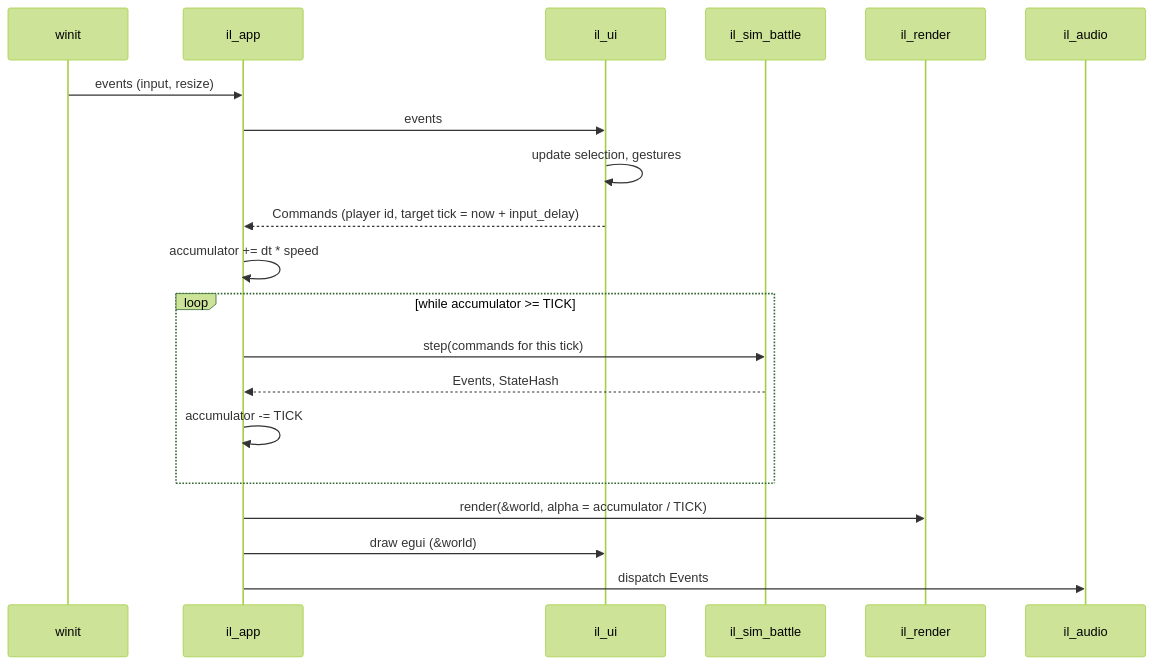
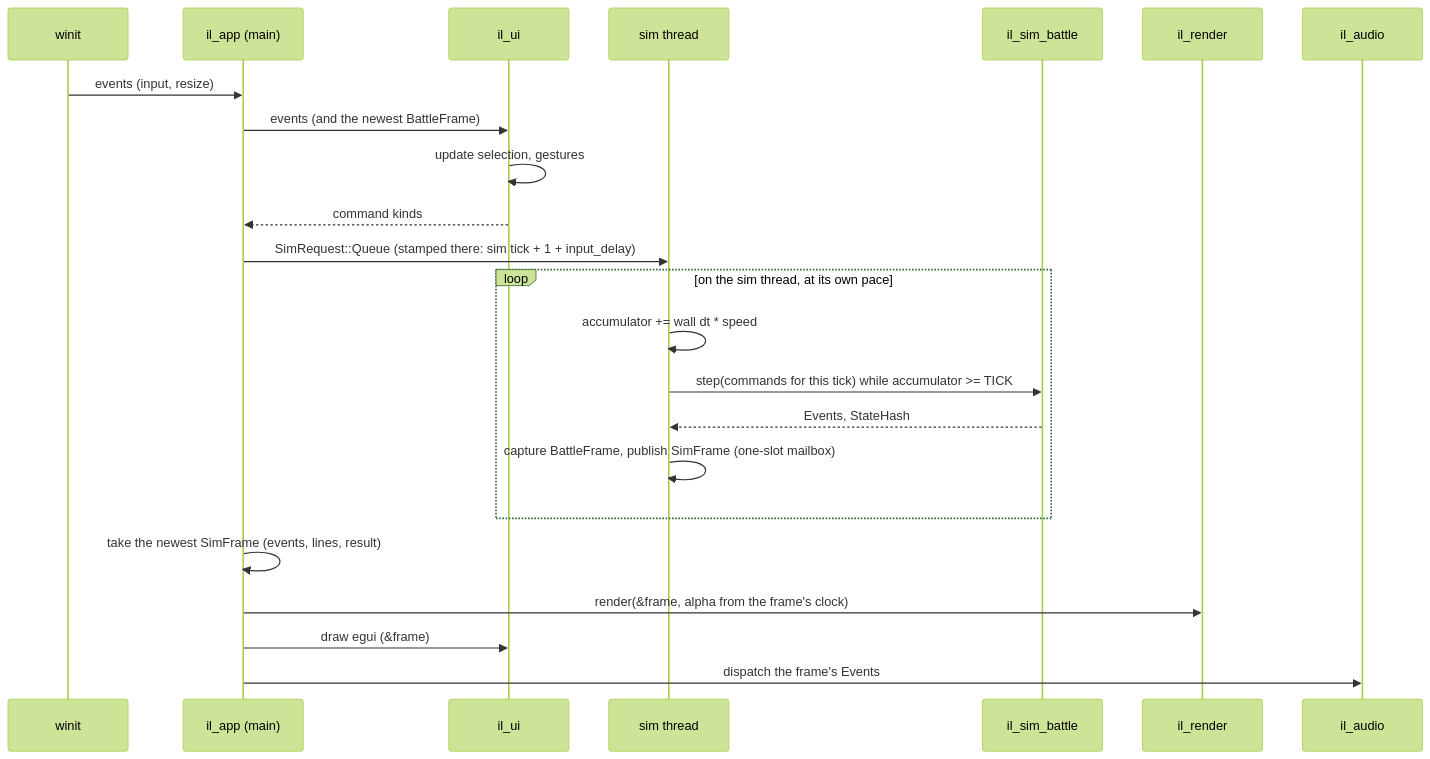
Before and after one commit to danielihazkel/IronLegionEngine: the fourth of 5 diagrams in docs/02-sad.md, drawn with Mermaid (forest theme). The commit also changed other lines of this file and 26 other files, not shown here.

First line of the commit message:
T3-032: Sim thread

````diff
--- a/docs/02-sad.md
+++ b/docs/02-sad.md
@@ -198,23 +198,26 @@
 ```mermaid
 sequenceDiagram
     participant W as winit
-    participant A as il_app
+    participant A as il_app (main)
     participant U as il_ui
+    participant T as sim thread
     participant S as il_sim_battle
     participant R as il_render
     participant Au as il_audio
 
     W->>A: events (input, resize)
-    A->>U: events
+    A->>U: events (and the newest BattleFrame)
     U->>U: update selection, gestures
-    U-->>A: Commands (player id, target tick = now + input_delay)
-    A->>A: accumulator += dt * speed
-    loop while accumulator >= TICK
-        A->>S: step(commands for this tick)
-        S-->>A: Events, StateHash
-        A->>A: accumulator -= TICK
+    U-->>A: command kinds
+    A->>T: SimRequest::Queue (stamped there: sim tick + 1 + input_delay)
+    loop on the sim thread, at its own pace
+        T->>T: accumulator += wall dt * speed
+        T->>S: step(commands for this tick) while accumulator >= TICK
+        S-->>T: Events, StateHash
+        T->>T: capture BattleFrame, publish SimFrame (one-slot mailbox)
     end
-    A->>R: render(&world, alpha = accumulator / TICK)
-    A->>U: draw egui (&world)
-    A->>Au: dispatch Events
+    A->>A: take the newest SimFrame (events, lines, result)
+    A->>R: render(&frame, alpha from the frame's clock)
+    A->>U: draw egui (&frame)
+    A->>Au: dispatch the frame's Events
 ```
````
